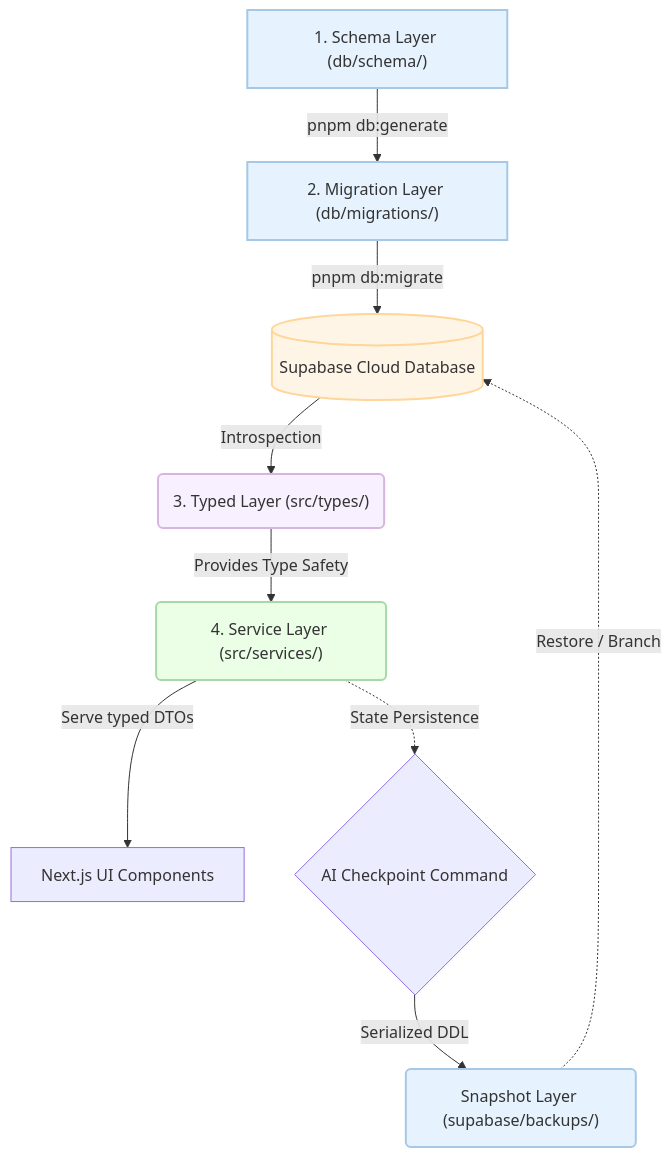
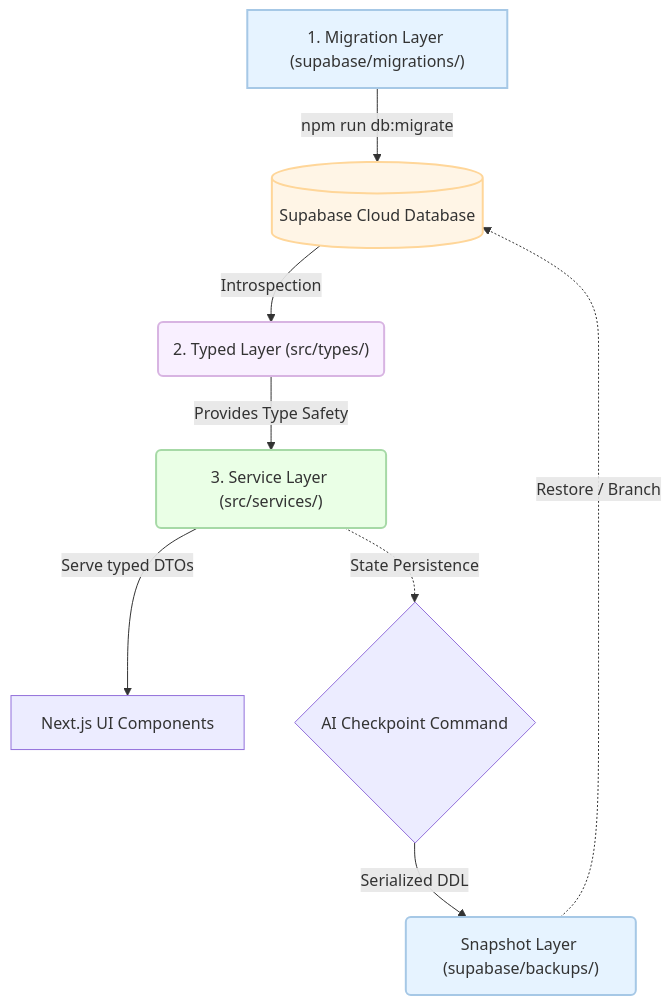
Before and after one commit to Danncode10/DannFlow: the diagram in docs/dannflow_docs/the-holy-trinity.md, drawn with Mermaid. The commit also changed other lines of this file and 9 other files, not shown here.

First line of the commit message:
refactor: remove drizzle and migrate to native supabase sql workflow

````diff
--- a/docs/dannflow_docs/the-holy-trinity.md
+++ b/docs/dannflow_docs/the-holy-trinity.md
@@ -7,22 +7,20 @@
 ```mermaid
 graph TD
     classDef layerEyes fill:#f9f0ff,stroke:#d8b4e2,stroke-width:2px;
     classDef layerBlueprint fill:#e6f3ff,stroke:#a6c8e6,stroke-width:2px;
     classDef layerAction fill:#eaffe6,stroke:#a6d9a6,stroke-width:2px;
     classDef cloud fill:#fff5e6,stroke:#ffd699,stroke-width:2px;
 
-    Schema["1. Schema Layer (db/schema/)"]:::layerBlueprint
-    Migrations["2. Migration Layer (db/migrations/)"]:::layerBlueprint
+    Schema["1. Migration Layer (supabase/migrations/)"]:::layerBlueprint
     DB[("Supabase Cloud Database")]:::cloud
-    Types("3. Typed Layer (src/types/)"):::layerEyes
+    Types("2. Typed Layer (src/types/)"):::layerEyes
     
-    Schema -->|"pnpm db:generate"| Migrations
-    Migrations -->|"pnpm db:migrate"| DB
+    Schema -->|"npm run db:migrate"| DB
     DB -->|"Introspection"| Types
-    Types -->|"Provides Type Safety"| Action("4. Service Layer (src/services/)"):::layerAction
+    Types -->|"Provides Type Safety"| Action("3. Service Layer (src/services/)"):::layerAction
     Action -->|"Serve typed DTOs"| UI["Next.js UI Components"]
     
     Action -.->|"State Persistence"| Checkpoint{"AI Checkpoint Command"}
     Checkpoint -->|"Serialized DDL"| Blueprint("Snapshot Layer (supabase/backups/)"):::layerBlueprint
     Blueprint -.->|"Restore / Branch"| DB
 ```
````
